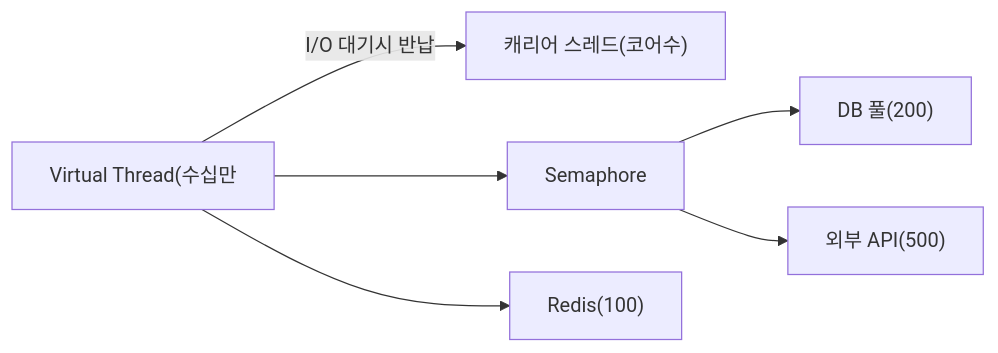
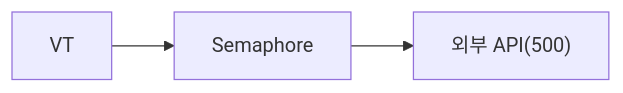
Before and after one commit to yjkim2015/yjkim2015.github.io: the seventh of 7 diagrams in _posts/java/2026-05-01-java-virtual-thread.md, drawn with Mermaid. The commit also changed other lines of this file and 149 other files, not shown here.

First line of the commit message:
Mermaid 가독성 개선: 라벨 축약, 노드 축소, TD→LR 변환

````diff
--- a/_posts/java/2026-05-01-java-virtual-thread.md
+++ b/_posts/java/2026-05-01-java-virtual-thread.md
@@ -1078,8 +1073,5 @@
 ```mermaid
 graph LR
-    VT["Virtual Thread(수십만"] -->|"I/O 대기시 반납"| CT["캐리어 스레드(코어수)"]
     VT --> SEM["Semaphore"]
-    SEM --> DB["DB 풀(200)"]
     SEM --> API["외부 API(500)"]
-    VT --> CACHE["Redis(100)"]
 ```
````
